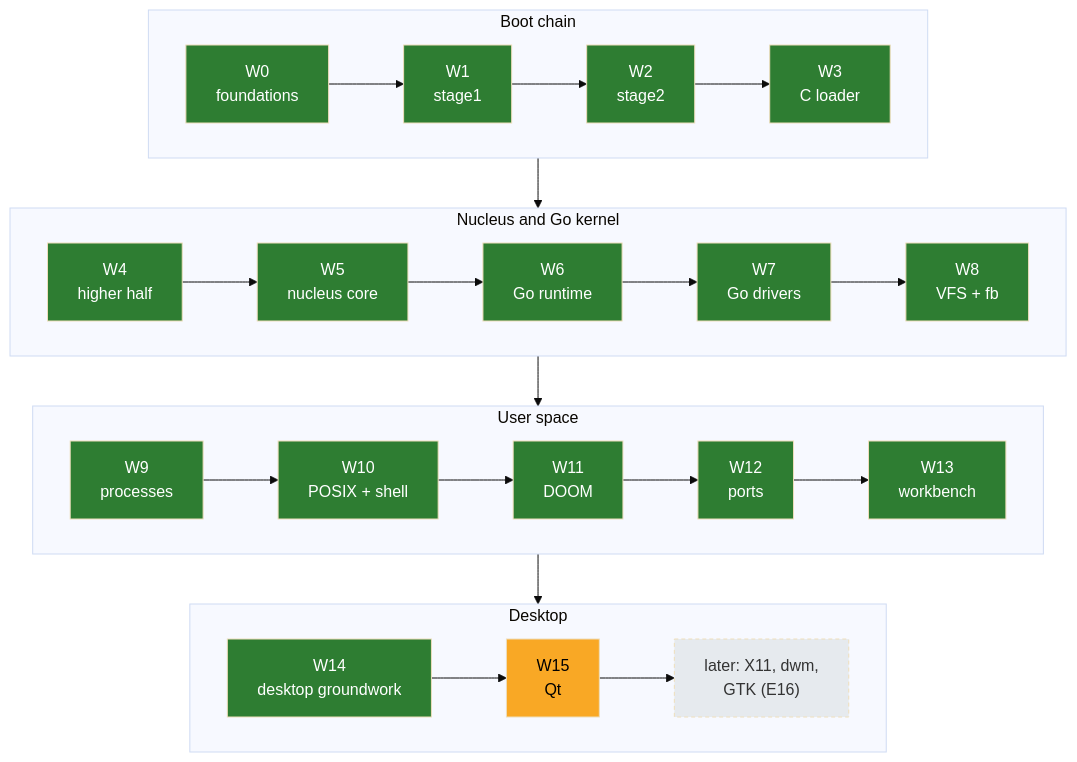
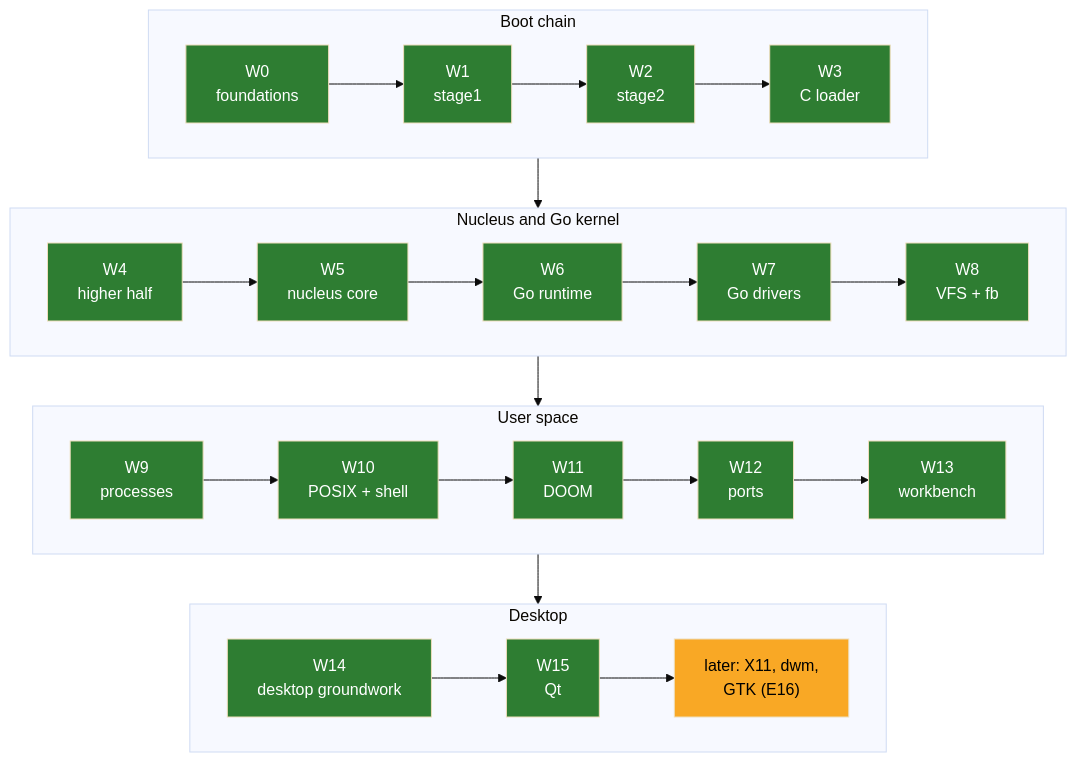
Before and after one commit to decagondev/burrow: the diagram in docs/04-plan/ROADMAP.md, drawn with Mermaid (base theme). The commit also changed other lines of this file and 24 other files, not shown here.

````diff
--- a/docs/04-plan/ROADMAP.md
+++ b/docs/04-plan/ROADMAP.md
@@ -24,26 +24,25 @@
 ```mermaid
 flowchart TB
     subgraph boot["Boot chain"]
         direction LR
         W0["W0<br/>foundations"] --> W1["W1<br/>stage1"] --> W2["W2<br/>stage2"] --> W3["W3<br/>C loader"]
     end
     subgraph core["Nucleus and Go kernel"]
         direction LR
         W4["W4<br/>higher half"] --> W5["W5<br/>nucleus core"] --> W6["W6<br/>Go runtime"] --> W7["W7<br/>Go drivers"] --> W8["W8<br/>VFS + fb"]
     end
     subgraph unix["User space"]
         direction LR
         W9["W9<br/>processes"] --> W10["W10<br/>POSIX + shell"] --> W11["W11<br/>DOOM"] --> W12["W12<br/>ports"] --> W13["W13<br/>workbench"]
     end
     subgraph desk["Desktop"]
         direction LR
         W14["W14<br/>desktop groundwork"] --> W15["W15<br/>Qt"] --> X["later: X11, dwm,<br/>GTK (E16)"]
     end
     boot --> core --> unix --> desk
     classDef done fill:#2e7d32,color:#fff;
     classDef next fill:#f9a825,color:#000;
     classDef later fill:#e6eaee,color:#333,stroke-dasharray: 4 3;
-    class W0,W1,W2,W3,W4,W5,W6,W7,W8,W9,W10,W11,W12,W13,W14 done;
-    class W15 next;
-    class X later;
+    class W0,W1,W2,W3,W4,W5,W6,W7,W8,W9,W10,W11,W12,W13,W14,W15 done;
+    class X next;
 ```
````
